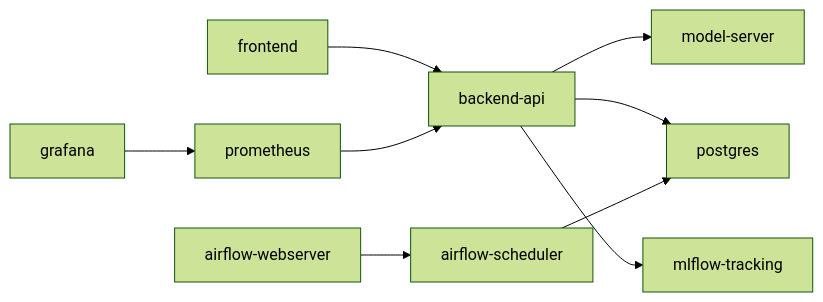
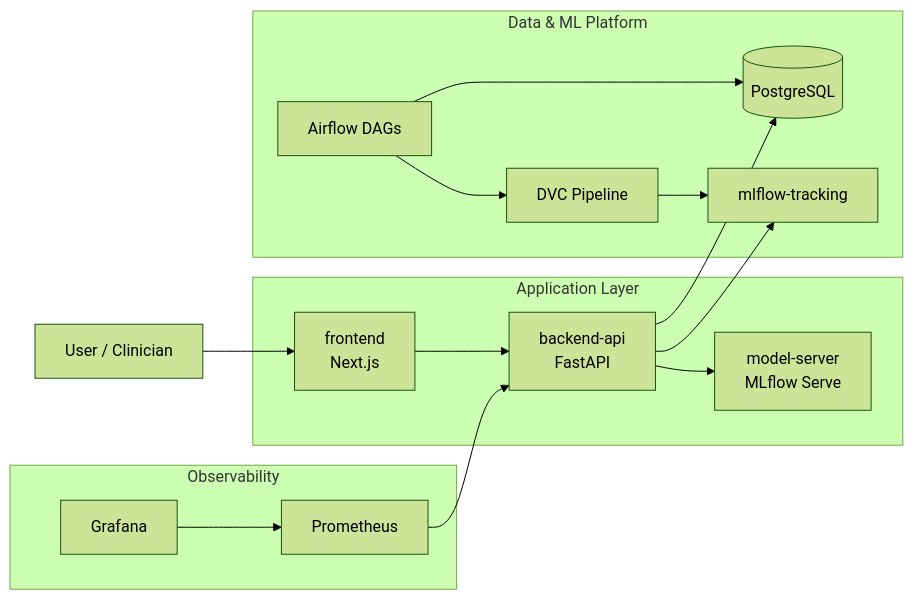
The diagram in diagrams/high_level_architecture.mmd (HaamzyTech/diasense-mlops), drawn with Mermaid (forest theme) before and after one commit. The commit also changed 19 other files, not shown here.

Commit message:
docs: finalize architecture docs and harden pipeline imports

```diff
--- a/diagrams/high_level_architecture.mmd
+++ b/diagrams/high_level_architecture.mmd
@@ -1,9 +1,33 @@
 flowchart LR
-  frontend --> backend-api
-  backend-api --> model-server
-  backend-api --> postgres
-  backend-api --> mlflow-tracking
-  airflow-webserver --> airflow-scheduler
-  airflow-scheduler --> postgres
-  prometheus --> backend-api
+  user[User / Clinician]
+
+  subgraph apps[Application Layer]
+    frontend[frontend\nNext.js]
+    backend[backend-api\nFastAPI]
+    model[model-server\nMLflow Serve]
+  end
+
+  subgraph data[Data & ML Platform]
+    postgres[(PostgreSQL)]
+    mlflow[mlflow-tracking]
+    dvc[DVC Pipeline]
+    airflow[Airflow DAGs]
+  end
+
+  subgraph obs[Observability]
+    prometheus[Prometheus]
+    grafana[Grafana]
+  end
+
+  user --> frontend
+  frontend --> backend
+  backend --> model
+  backend --> postgres
+  backend --> mlflow
+
+  airflow --> dvc
+  airflow --> postgres
+  dvc --> mlflow
+
+  prometheus --> backend
   grafana --> prometheus
```
